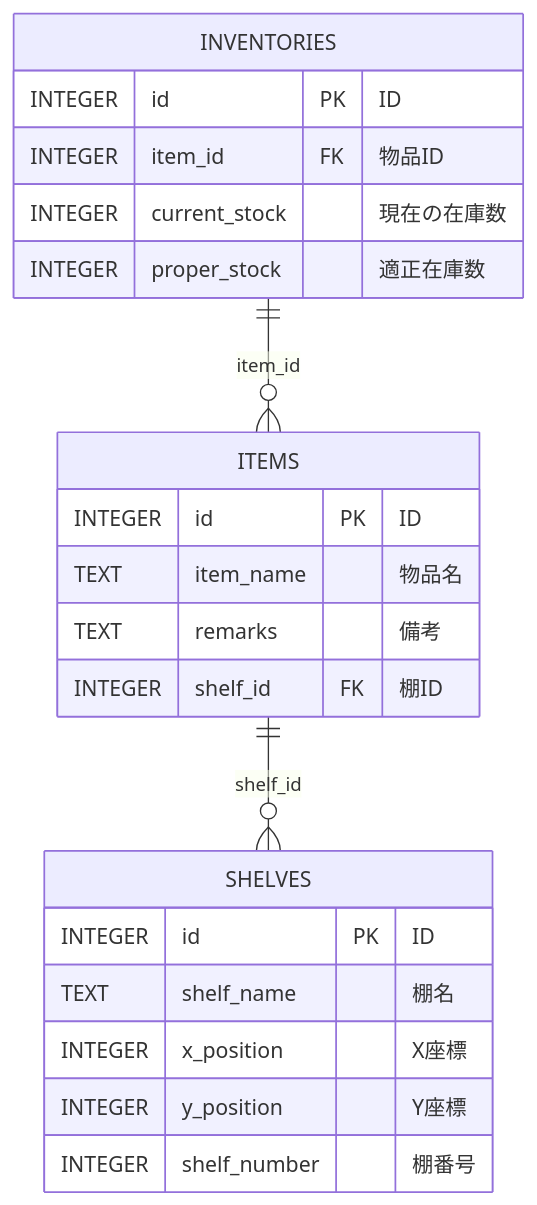
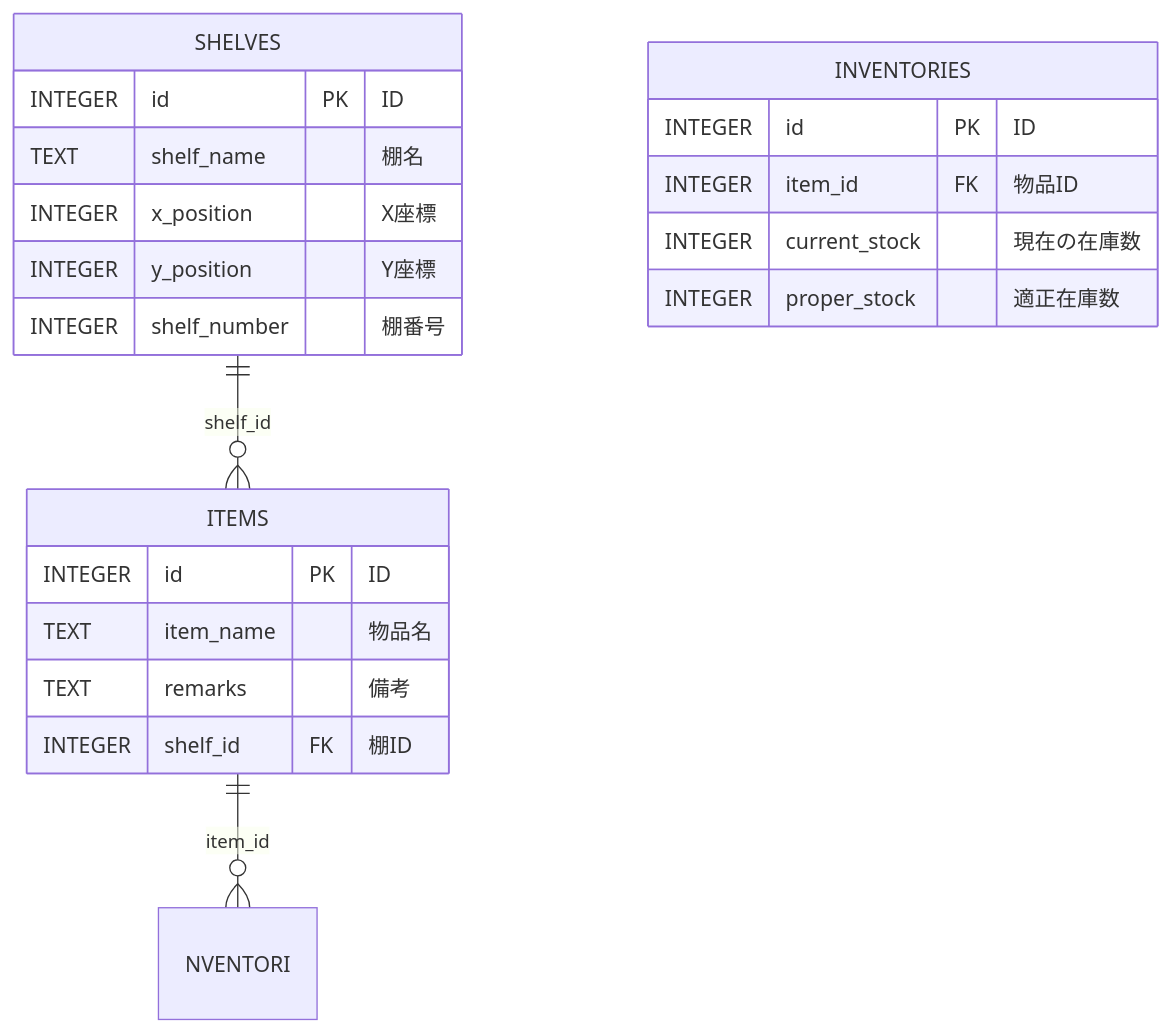
The diagram in README.md (yuyalush/sampleapp), drawn with Mermaid before and after one commit.

Commit message:
ER図の修正

````diff
--- a/README.md
+++ b/README.md
@@ -10,24 +10,24 @@
 ```mermaid
 erDiagram
     ITEMS {
         INTEGER id PK "ID"
         TEXT item_name "物品名"
         TEXT remarks "備考"
         INTEGER shelf_id FK "棚ID"
     }
     SHELVES {
         INTEGER id PK "ID"
         TEXT shelf_name "棚名"
         INTEGER x_position "X座標"
         INTEGER y_position "Y座標"
         INTEGER shelf_number "棚番号"
     }
     INVENTORIES {
         INTEGER id PK "ID"
         INTEGER item_id FK "物品ID"
         INTEGER current_stock "現在の在庫数"
         INTEGER proper_stock "適正在庫数"
     }
-    ITEMS ||--o{ SHELVES: "shelf_id"
-    INVENTORIES ||--o{ ITEMS: "item_id"
+    SHELVES ||--o{ ITEMS: "shelf_id"
+    ITEMS ||--o{ NVENTORI: "item_id"
 ```
````
